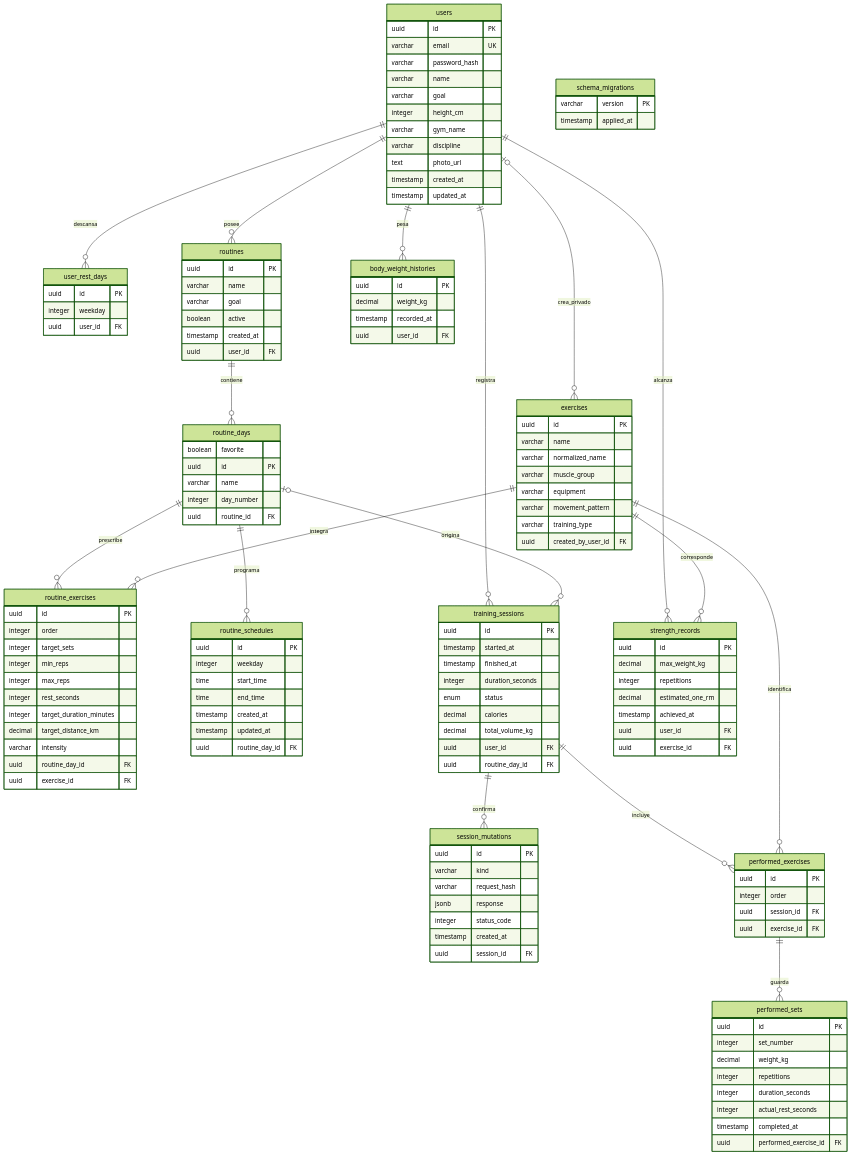
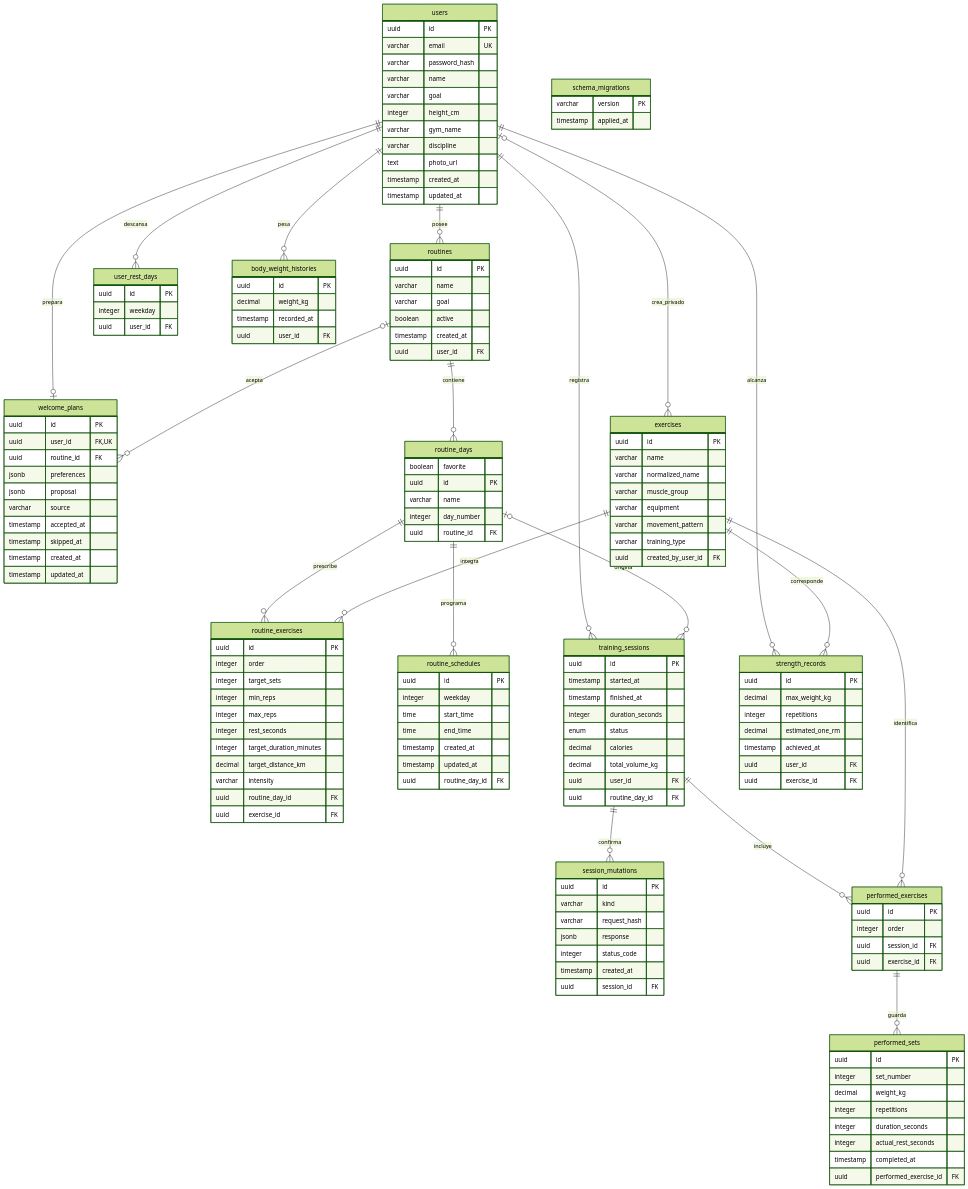
One commit to GonzaloAPU/gymbro changed the diagram in docs/entidad-relacion.mmd. Above: the diagram before and after it, drawn with Mermaid (forest theme). The commit also changed 36 other files, not shown here.

```diff
--- a/docs/entidad-relacion.mmd
+++ b/docs/entidad-relacion.mmd
@@ -1,137 +1,151 @@
 erDiagram
+  welcome_plans {
+    uuid id PK
+    uuid user_id FK,UK
+    uuid routine_id FK
+    jsonb preferences
+    jsonb proposal
+    varchar source
+    timestamp accepted_at
+    timestamp skipped_at
+    timestamp created_at
+    timestamp updated_at
+  }
+  users ||--o| welcome_plans : prepara
+  routines |o--o{ welcome_plans : acepta
   session_mutations {
     uuid id PK
     varchar kind
     varchar request_hash
     jsonb response
     integer status_code
     timestamp created_at
     uuid session_id FK
   }
   users {
     uuid id PK
     varchar email UK
     varchar password_hash
     varchar name
     varchar goal
     integer height_cm
     varchar gym_name
     varchar discipline
     text photo_url
     timestamp created_at
     timestamp updated_at
   }
   user_rest_days {
     uuid id PK
     integer weekday
     uuid user_id FK
   }
   exercises {
     uuid id PK
     varchar name
     varchar normalized_name
     varchar muscle_group
     varchar equipment
     varchar movement_pattern
     varchar training_type
     uuid created_by_user_id FK
   }
   routines {
     uuid id PK
     varchar name
     varchar goal
     boolean active
     timestamp created_at
     uuid user_id FK
   }
   routine_days {
     boolean favorite
     uuid id PK
     varchar name
     integer day_number
     uuid routine_id FK
   }
   routine_exercises {
     uuid id PK
     integer order
     integer target_sets
     integer min_reps
     integer max_reps
     integer rest_seconds
     integer target_duration_minutes
     decimal target_distance_km
     varchar intensity
     uuid routine_day_id FK
     uuid exercise_id FK
   }
   routine_schedules {
     uuid id PK
     integer weekday
     time start_time
     time end_time
     timestamp created_at
     timestamp updated_at
     uuid routine_day_id FK
   }
   training_sessions {
     uuid id PK
     timestamp started_at
     timestamp finished_at
     integer duration_seconds
     enum status
     decimal calories
     decimal total_volume_kg
     uuid user_id FK
     uuid routine_day_id FK
   }
   performed_exercises {
     uuid id PK
     integer order
     uuid session_id FK
     uuid exercise_id FK
   }
   performed_sets {
     uuid id PK
     integer set_number
     decimal weight_kg
     integer repetitions
     integer duration_seconds
     integer actual_rest_seconds
     timestamp completed_at
     uuid performed_exercise_id FK
   }
   body_weight_histories {
     uuid id PK
     decimal weight_kg
     timestamp recorded_at
     uuid user_id FK
   }
   strength_records {
     uuid id PK
     decimal max_weight_kg
     integer repetitions
     decimal estimated_one_rm
     timestamp achieved_at
     uuid user_id FK
     uuid exercise_id FK
   }
   users ||--o{ user_rest_days : descansa
   users |o--o{ exercises : crea_privado
   users ||--o{ routines : posee
   users ||--o{ training_sessions : registra
   users ||--o{ body_weight_histories : pesa
   users ||--o{ strength_records : alcanza
   routines ||--o{ routine_days : contiene
   routine_days ||--o{ routine_schedules : programa
   routine_days ||--o{ routine_exercises : prescribe
   exercises ||--o{ routine_exercises : integra
   training_sessions ||--o{ performed_exercises : incluye
   exercises ||--o{ performed_exercises : identifica
   performed_exercises ||--o{ performed_sets : guarda
   exercises ||--o{ strength_records : corresponde
   training_sessions ||--o{ session_mutations : confirma
   routine_days |o--o{ training_sessions : origina
   schema_migrations {
     varchar version PK
     timestamp applied_at
   }
```
